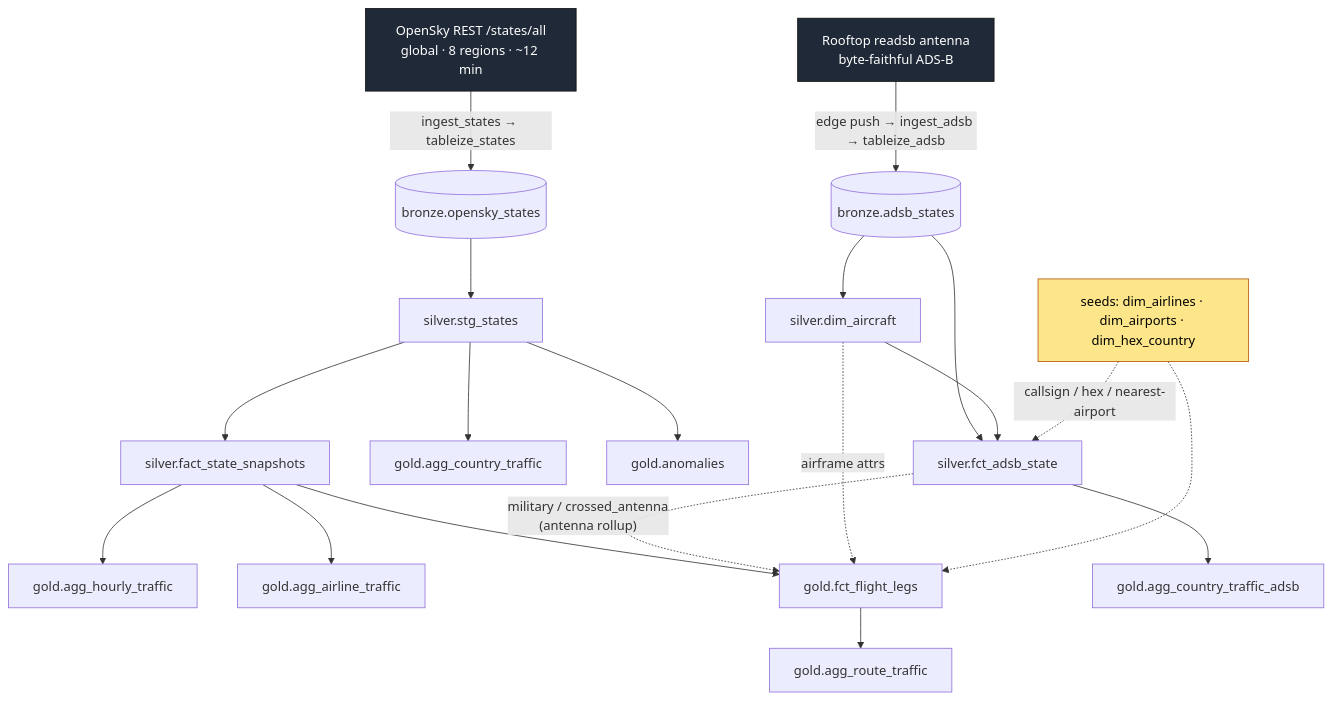
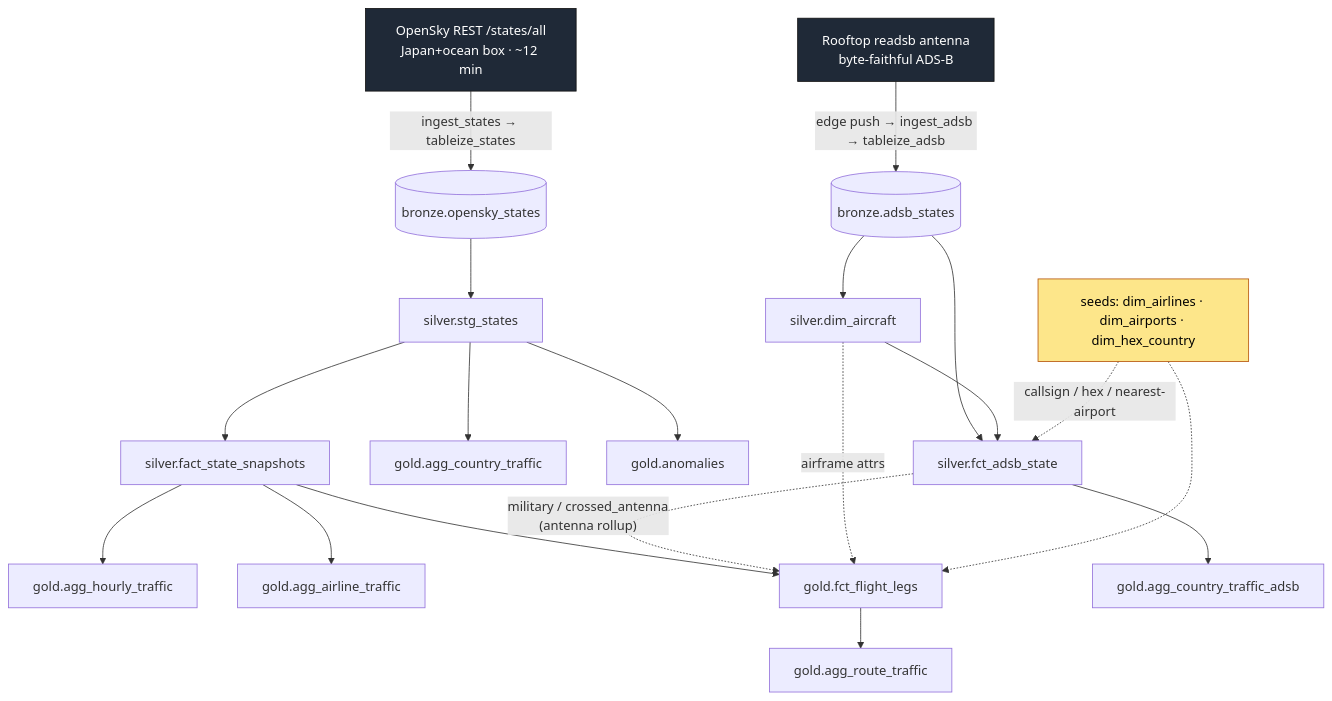
One commit to LaughingKuma/sancha1090 changed the first of 2 diagrams in docs/datalake.md. Above: the diagram before and after it, drawn with Mermaid. The commit also changed other lines of this file and 17 other files, not shown here.

First line of the commit message:
v5.0: OpenSky Japan refocus + antenna-centric story

````diff
--- a/docs/datalake.md
+++ b/docs/datalake.md
@@ -29,36 +29,36 @@
 ```mermaid
 flowchart TD
-    OSK["OpenSky REST /states/all<br/>global · 8 regions · ~12 min"]:::feed
+    OSK["OpenSky REST /states/all<br/>Japan+ocean box · ~12 min"]:::feed
     ANT["Rooftop readsb antenna<br/>byte-faithful ADS-B"]:::feed
 
     OSK -->|"ingest_states → tableize_states"| BOS[("bronze.opensky_states")]
     ANT -->|"edge push → ingest_adsb → tableize_adsb"| BAS[("bronze.adsb_states")]
 
-    %% ---- global track: transform_marts (--exclude tag:adsb) ----
+    %% ---- OpenSky context track: transform_marts (--exclude tag:adsb) ----
     BOS --> STG["silver.stg_states"]
     STG --> FSS["silver.fact_state_snapshots"]
     STG --> ACT["gold.agg_country_traffic"]
     STG --> ANO["gold.anomalies"]
     FSS --> AHT["gold.agg_hourly_traffic"]
     FSS --> AAT["gold.agg_airline_traffic"]
     FSS --> FFL["gold.fct_flight_legs"]
     FFL --> ART["gold.agg_route_traffic"]
 
     %% ---- rooftop track: transform_adsb_silver (--select tag:adsb) ----
     BAS --> DAC["silver.dim_aircraft"]
     BAS --> FAS["silver.fct_adsb_state"]
     DAC --> FAS
     FAS --> ACTA["gold.agg_country_traffic_adsb"]
 
     %% ---- cross-feed fusion ----
     FAS -. "military / crossed_antenna<br/>(antenna rollup)" .-> FFL
     DAC -. "airframe attrs" .-> FFL
 
     %% ---- conformed dim seeds (rooftop DAG seeds them) ----
     SEED["seeds: dim_airlines · dim_airports · dim_hex_country"]:::seed
     SEED -. "callsign / hex / nearest-airport" .-> FAS
     SEED -.-> FFL
 
     classDef feed fill:#1f2937,color:#fff,stroke:#111;
     classDef seed fill:#fde68a,color:#000,stroke:#b45309;
 ```
````
